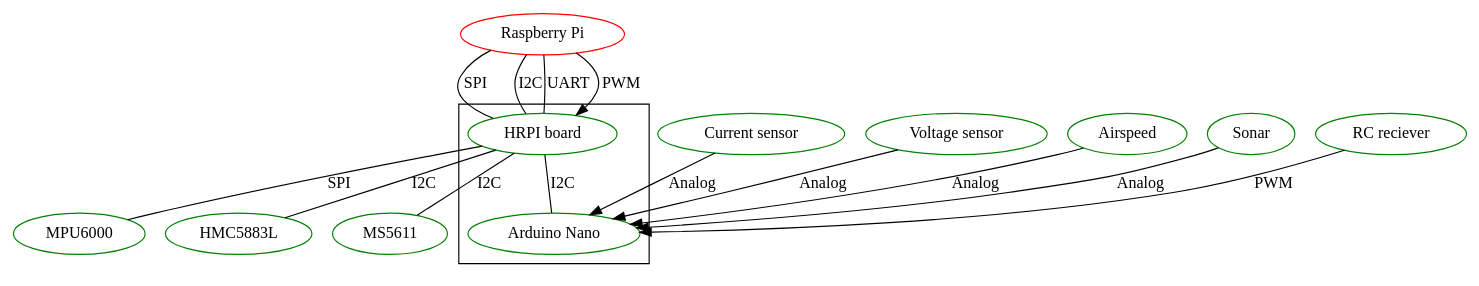
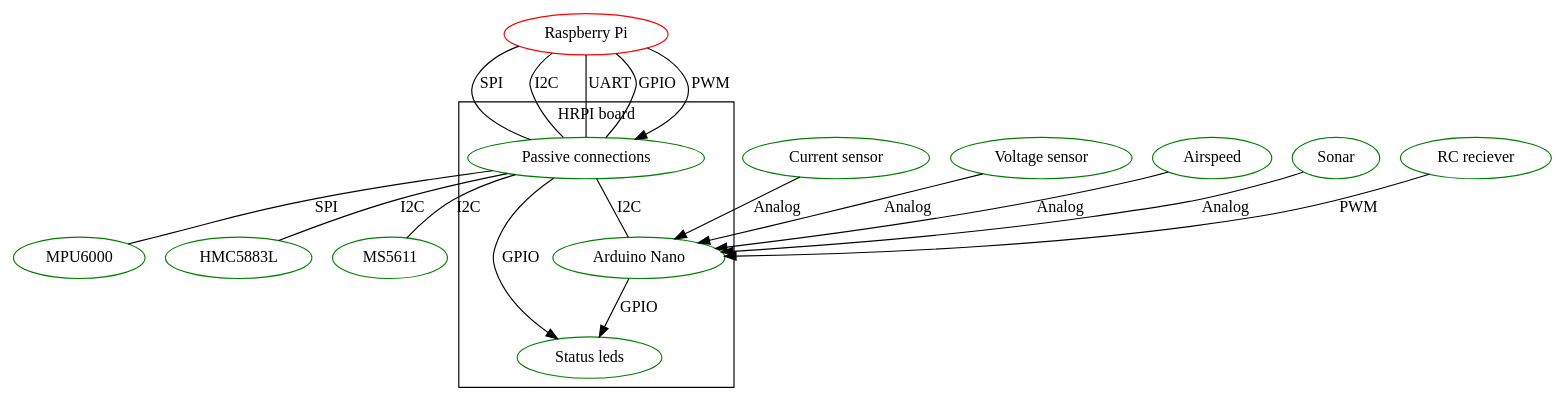
One commit to VladimirP1/hardware-hrpi changed the diagram in doc/scheme.dot. Above: the diagram before and after it, drawn with Graphviz. The commit also changed 1 other file, not shown here.

```diff
--- a/doc/scheme.dot
+++ b/doc/scheme.dot
@@ -1,36 +1,41 @@
     digraph {
         a[label="Raspberry Pi",color="red"];
 
 subgraph cluster_0 {
-       b[label="HRPI board",color="green"];
+       label="HRPI board";
+       b[label="Passive connections",color="green"];
        c[label="Arduino Nano",color="green"];
+       g[label="Status leds",color="green"];
 
 }
        c5[label="Current sensor",color="green"];
        c4[label="Voltage sensor",color="green"];
        c3[label="Airspeed",color="green"];
        c2[label="Sonar",color="green"];
        c1[label="RC reciever",color="green"];
 
         d[label="MPU6000",color="green"];
         e[label="HMC5883L",color="green"];
         f[label="MS5611",color="green"];
 
         a -> b[ label="SPI",dir="none" ];
         a -> b[ label="I2C",dir="none" ];
         a -> b[ label="UART",dir="none" ];
+        a -> b[ label="GPIO",dir="none" ];
+        b -> g[ label="GPIO"];
+        c -> g[ label="GPIO"];
         a -> b[ label="PWM"];
 
 
         b -> c[ label="I2C",dir="none" ];
         c1 -> c[ label="PWM" ];
         c2 -> c[ label="Analog" ];
         c3 -> c[ label="Analog" ];
         c4 -> c[ label="Analog" ];
         c5 -> c[ label="Analog" ];
 
         b -> d[ label="SPI",dir="none" ];
         b -> e[ label="I2C",dir="none" ];
         b -> f[ label="I2C",dir="none" ];
 
     }
```
